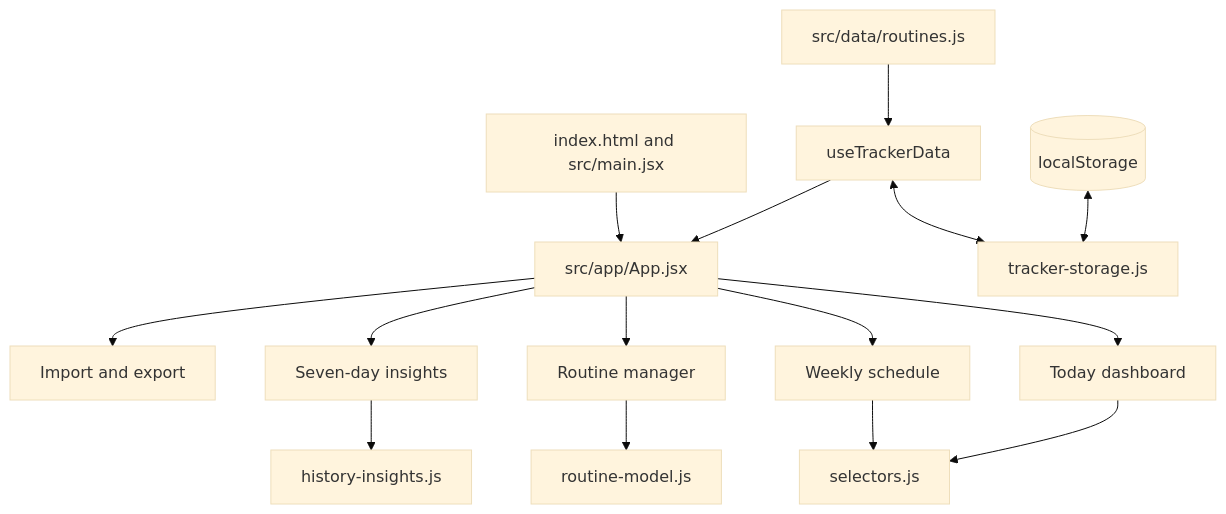
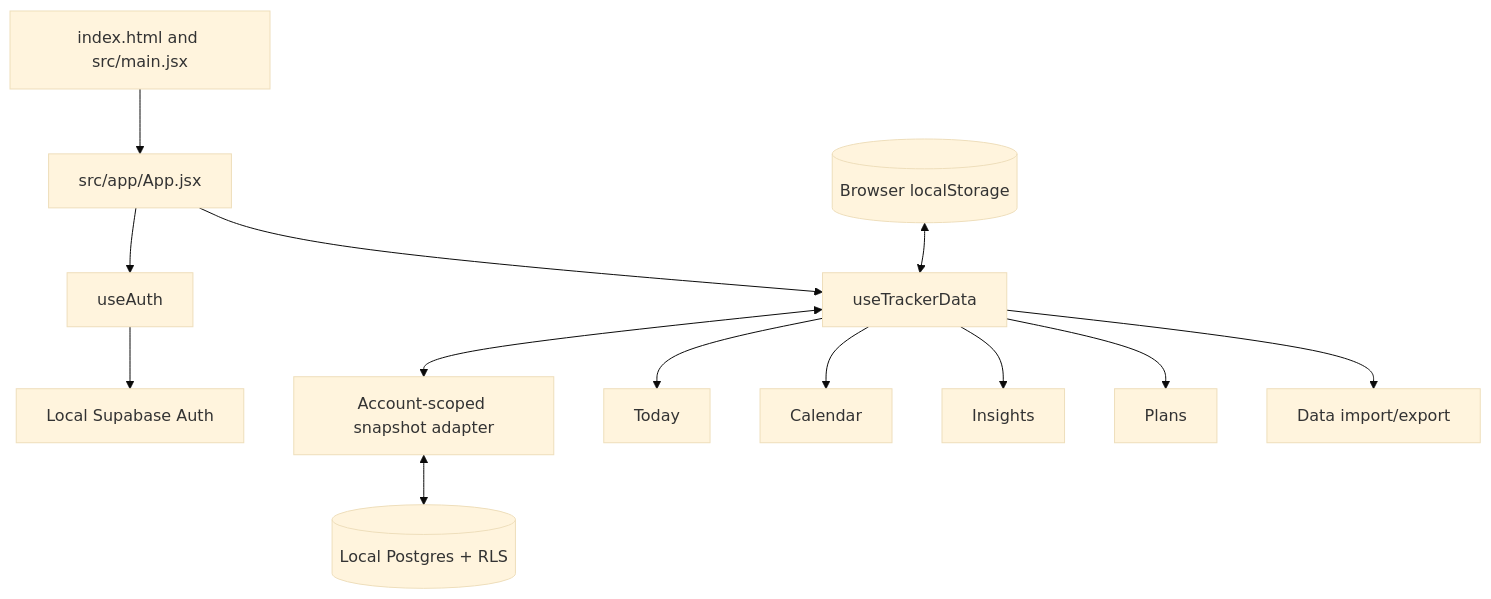
Before and after one commit to YKalcheuskaya/routine-tracker: the diagram in docs/codebase-walkthrough.md, drawn with Mermaid (base theme). The commit also changed other lines of this file and 3 other files, not shown here.

````diff
--- a/docs/codebase-walkthrough.md
+++ b/docs/codebase-walkthrough.md
@@ -27,17 +20,15 @@
 ```mermaid
 flowchart TD
     Browser[index.html and src/main.jsx] --> App[src/app/App.jsx]
-    Defaults[src/data/routines.js] --> Hook[useTrackerData]
-    Storage[(localStorage)] <--> Persistence[tracker-storage.js]
-    Hook <--> Persistence
-    Hook --> App
-    App --> Today[Today dashboard]
-    App --> Schedule[Weekly schedule]
-    App --> Manager[Routine manager]
-    App --> Insights[Seven-day insights]
-    App --> Data[Import and export]
-    Manager --> Model[routine-model.js]
-    Insights --> Calculations[history-insights.js]
-    Today --> Selectors[selectors.js]
-    Schedule --> Selectors
+    App --> Auth[useAuth]
+    Auth --> SupabaseAuth[Local Supabase Auth]
+    App --> Tracker[useTrackerData]
+    Cache[(Browser localStorage)] <--> Tracker
+    Tracker <--> Cloud[Account-scoped snapshot adapter]
+    Cloud <--> Snapshot[(Local Postgres + RLS)]
+    Tracker --> Today[Today]
+    Tracker --> Calendar[Calendar]
+    Tracker --> Insights[Insights]
+    Tracker --> Plans[Plans]
+    Tracker --> Data[Data import/export]
 ```
````
